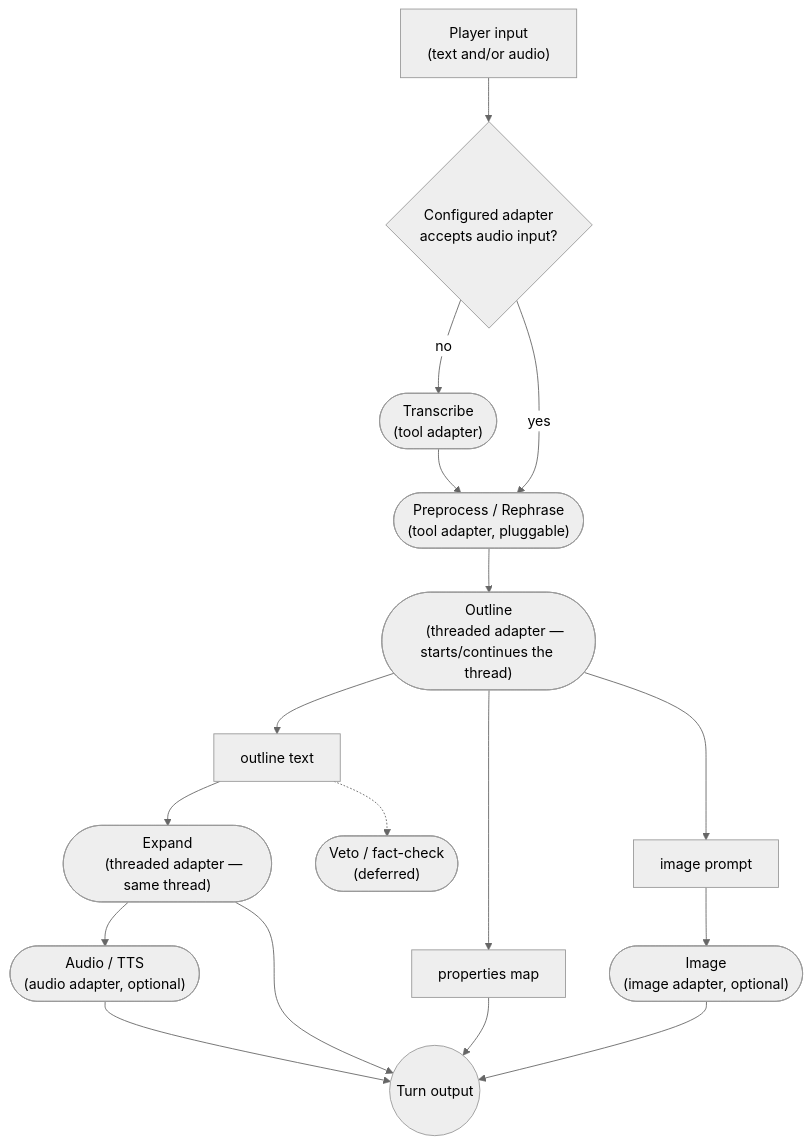
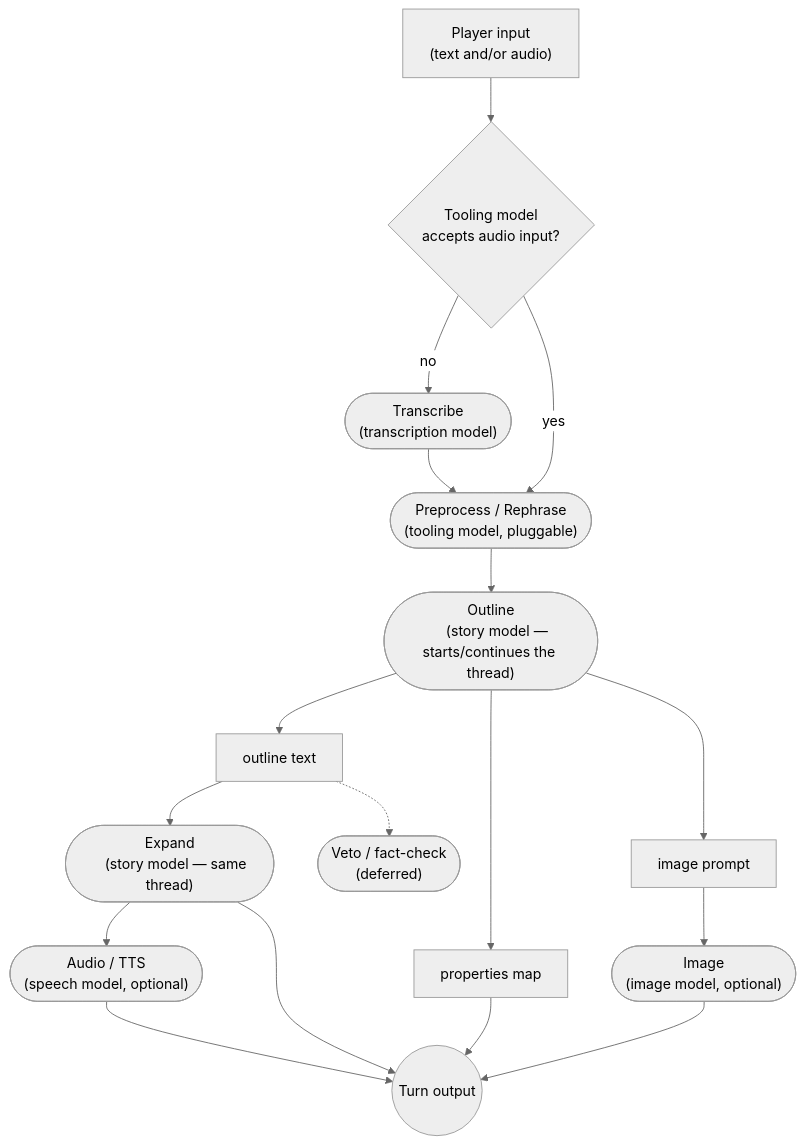
The diagram in engine/ARCHITECTURE.md (flocko-motion/chatgamelab), drawn with Mermaid (neutral theme) before and after one commit. The commit also changed other lines of this file and 17 other files, not shown here.

````diff
--- a/engine/ARCHITECTURE.md
+++ b/engine/ARCHITECTURE.md
@@ -66,47 +66,47 @@
 ```mermaid
 graph TB
     INPUT["Player input
     (text and/or audio)"]
-    CAP{"Configured adapter
+    CAP{"Tooling model
     accepts audio input?"}
     TRANSCRIBE(["Transcribe
-    (tool adapter)"])
+    (transcription model)"])
     PREPROCESS(["Preprocess / Rephrase
-    (tool adapter, pluggable)"])
+    (tooling model, pluggable)"])
 
     INPUT --> CAP
     CAP -- no --> TRANSCRIBE --> PREPROCESS
     CAP -- yes --> PREPROCESS
 
     OUTLINE(["Outline
-    (threaded adapter — starts/continues the thread)"])
+    (story model — starts/continues the thread)"])
     PREPROCESS --> OUTLINE
 
     OUTTEXT["outline text"]
     PROPS["properties map"]
     IMGPROMPT["image prompt"]
     OUTLINE --> OUTTEXT
     OUTLINE --> PROPS
     OUTLINE --> IMGPROMPT
 
     EXPAND(["Expand
-    (threaded adapter — same thread)"])
+    (story model — same thread)"])
     IMAGE(["Image
-    (image adapter, optional)"])
+    (image model, optional)"])
     VETO(["Veto / fact-check
     (deferred)"])
 
     OUTTEXT --> EXPAND
     IMGPROMPT --> IMAGE
     OUTTEXT -.-> VETO
 
     AUDIO(["Audio / TTS
-    (audio adapter, optional)"])
+    (speech model, optional)"])
     EXPAND --> AUDIO
 
     OUT(("Turn output"))
     EXPAND --> OUT
     IMAGE --> OUT
     AUDIO --> OUT
     PROPS --> OUT
 ```
````
